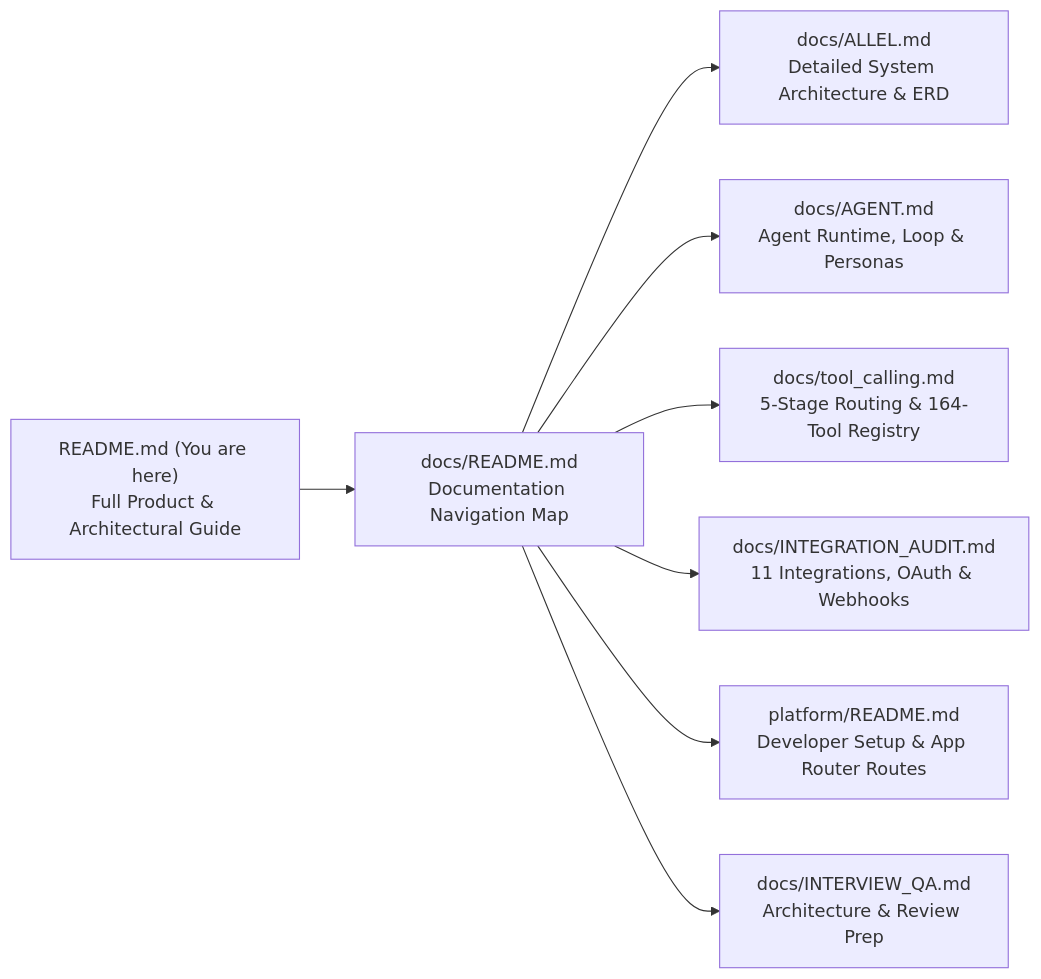
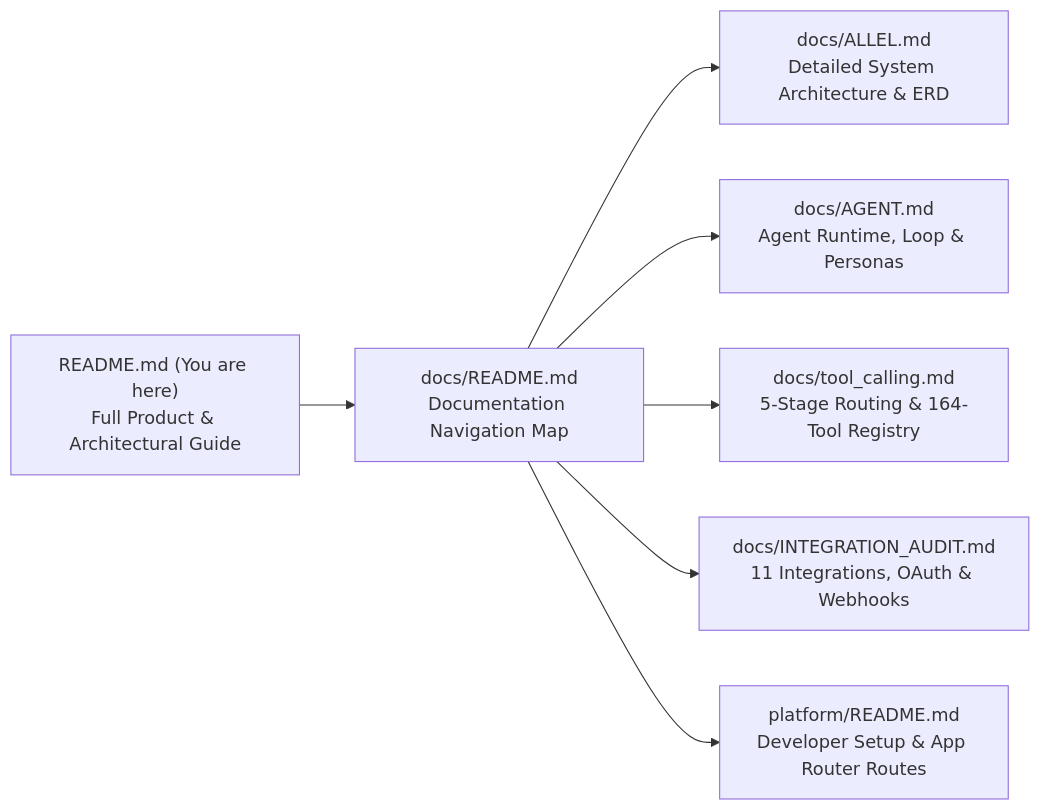
Diagram 16 of 16 in README.md (kushagarasingh9-oss/Allel), drawn with Mermaid before and after one commit. The commit also changed other lines of this file and 2 other files, not shown here.

````diff
--- a/README.md
+++ b/README.md
@@ -797,10 +794,9 @@
 ```mermaid
 flowchart LR
     Root["README.md (You are here)<br/>Full Product & Architectural Guide"] --> DocsNav["docs/README.md<br/>Documentation Navigation Map"]
     DocsNav --> Arch["docs/ALLEL.md<br/>Detailed System Architecture & ERD"]
     DocsNav --> AgentDoc["docs/AGENT.md<br/>Agent Runtime, Loop & Personas"]
     DocsNav --> ToolsDoc["docs/tool_calling.md<br/>5-Stage Routing & 164-Tool Registry"]
     DocsNav --> IngestDoc["docs/INTEGRATION_AUDIT.md<br/>11 Integrations, OAuth & Webhooks"]
     DocsNav --> PlatformDoc["platform/README.md<br/>Developer Setup & App Router Routes"]
-    DocsNav --> QADoc["docs/INTERVIEW_QA.md<br/>Architecture & Review Prep"]
 ```
````
